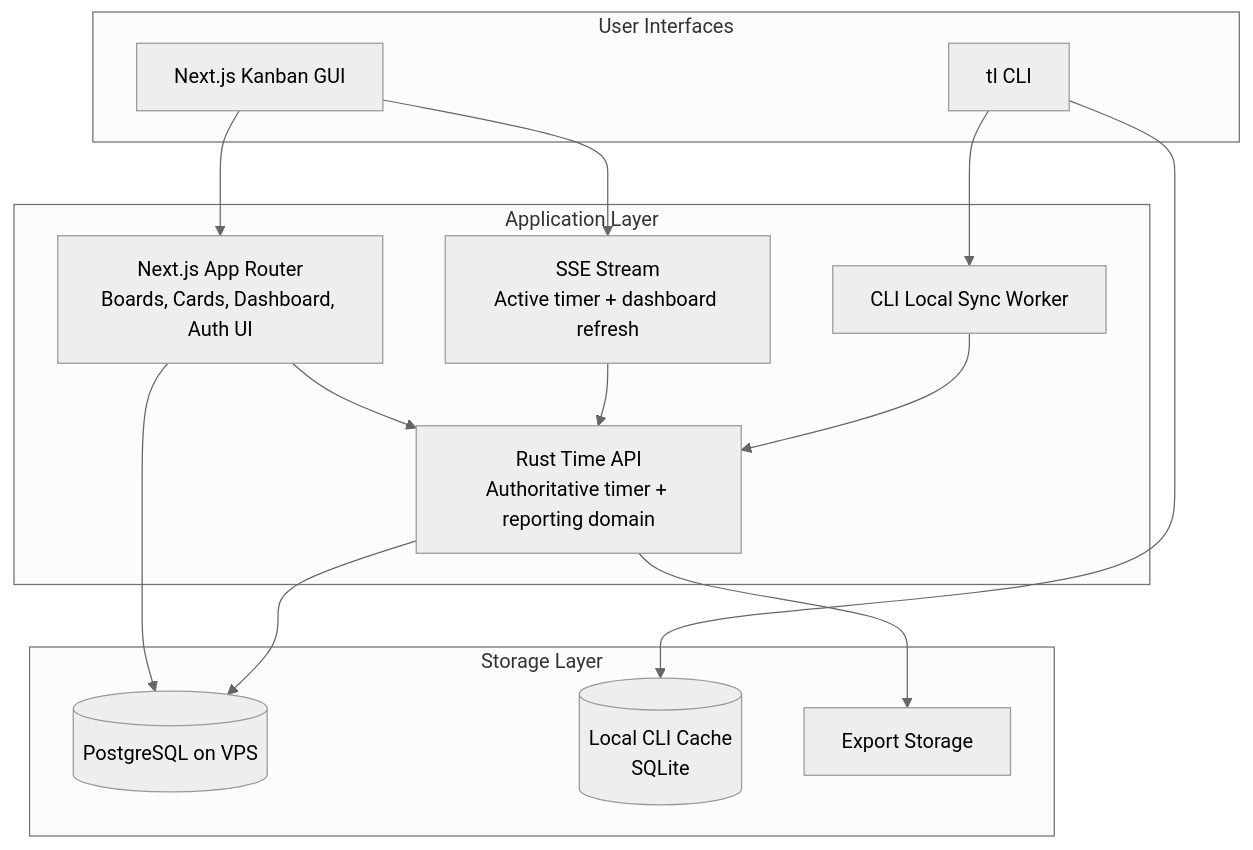
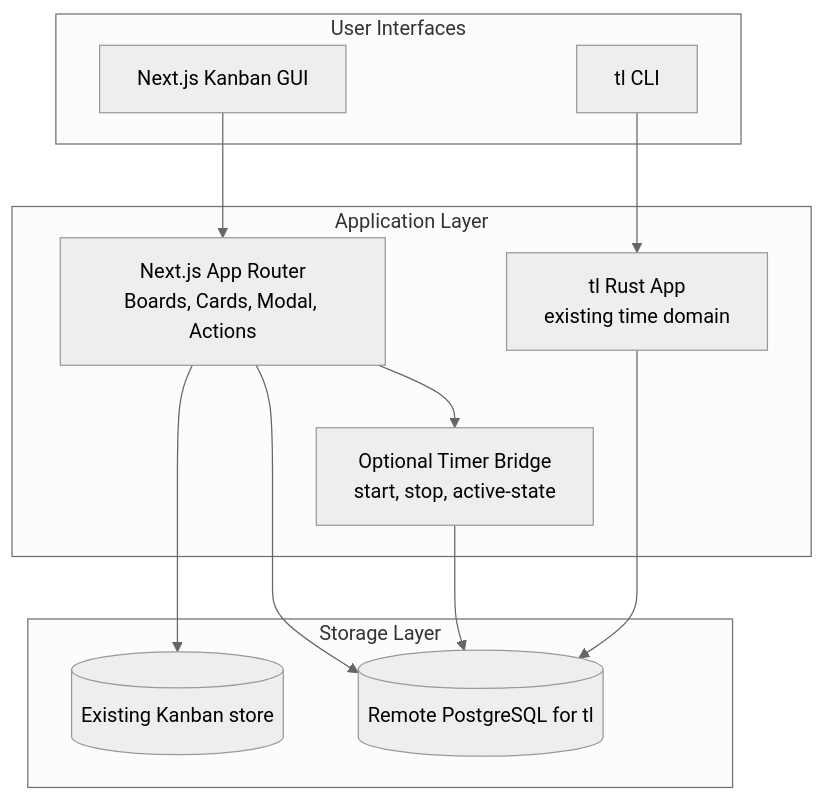
Before and after one commit to Tatarotus/tlt: the diagram in architecture/spec.md, drawn with Mermaid (neutral theme). The commit also changed other lines of this file and 7 other files, not shown here.

````diff
--- a/architecture/spec.md
+++ b/architecture/spec.md
@@ -87,33 +90,26 @@
 ```mermaid
 flowchart TB
     subgraph User Interfaces
         Web[Next.js Kanban GUI]
         CLI[tl CLI]
     end
 
     subgraph Application Layer
-        NextApp[Next.js App Router\nBoards, Cards, Dashboard, Auth UI]
-        TimeAPI[Rust Time API\nAuthoritative timer + reporting domain]
-        SyncWorker[CLI Local Sync Worker]
-        SSE[SSE Stream\nActive timer + dashboard refresh]
+        NextApp[Next.js App Router\nBoards, Cards, Modal, Actions]
+        Bridge[Optional Timer Bridge\nstart, stop, active-state]
+        TL[tl Rust App\nexisting time domain]
     end
 
     subgraph Storage Layer
-        PG[(PostgreSQL on VPS)]
-        CLIStore[(Local CLI Cache\nSQLite)]
-        ExportStore[Export Storage]
+        TLPG[(Remote PostgreSQL for tl)]
+        KanbanStore[(Existing Kanban store)]
     end
 
     Web --> NextApp
-    NextApp --> TimeAPI
-    NextApp --> PG
-    Web --> SSE
-    SSE --> TimeAPI
-
-    CLI --> CLIStore
-    CLI --> SyncWorker
-    SyncWorker --> TimeAPI
-
-    TimeAPI --> PG
-    TimeAPI --> ExportStore
+    NextApp --> KanbanStore
+    NextApp --> TLPG
+    NextApp --> Bridge
+    Bridge --> TLPG
+    CLI --> TL
+    TL --> TLPG
 ```
````
